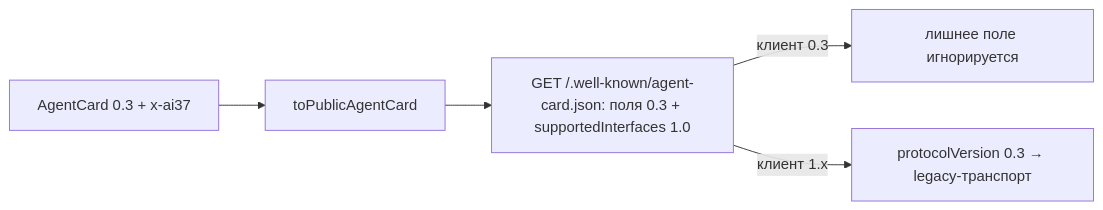
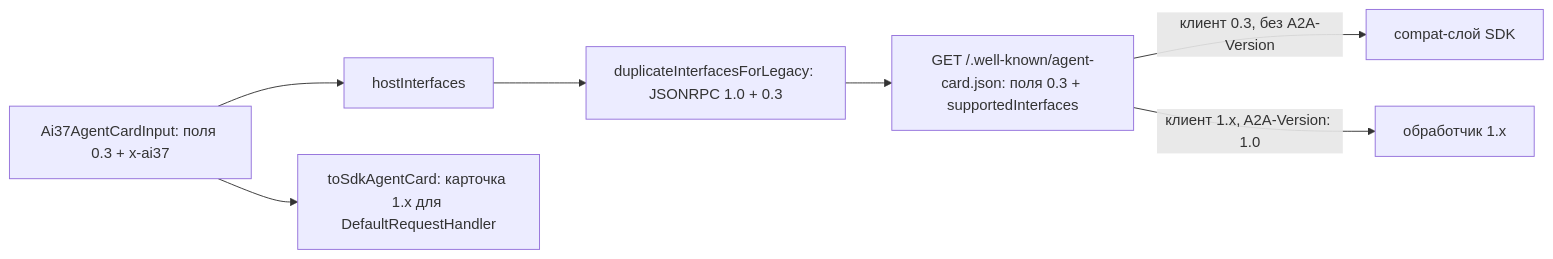
One commit to AI-37/ai37-agent-sdk changed the first of 6 diagrams in README.md. Above: the diagram before and after it, drawn with Mermaid. The commit also changed other lines of this file, not shown here.

Commit message:
docs: sync README.md card [skip ci]

````diff
--- a/README.md
+++ b/README.md
@@ -46,7 +64,9 @@
 ```mermaid
 flowchart LR
-  CARD[AgentCard 0.3 + x-ai37] --> TPC[toPublicAgentCard]
-  TPC --> PUB[GET /.well-known/agent-card.json: поля 0.3 + supportedInterfaces 1.0]
-  PUB -->|клиент 0.3| LEG[лишнее поле игнорируется]
-  PUB -->|клиент 1.x| NEW[protocolVersion 0.3 → legacy-транспорт]
+  CARD[Ai37AgentCardInput: поля 0.3 + x-ai37] --> HI[hostInterfaces]
+  HI --> DUP[duplicateInterfacesForLegacy: JSONRPC 1.0 + 0.3]
+  DUP --> PUB[GET /.well-known/agent-card.json: поля 0.3 + supportedInterfaces]
+  CARD --> SDK[toSdkAgentCard: карточка 1.x для DefaultRequestHandler]
+  PUB -->|клиент 0.3, без A2A-Version| LEG[compat-слой SDK]
+  PUB -->|клиент 1.x, A2A-Version: 1.0| NEW[обработчик 1.x]
 ```
````
